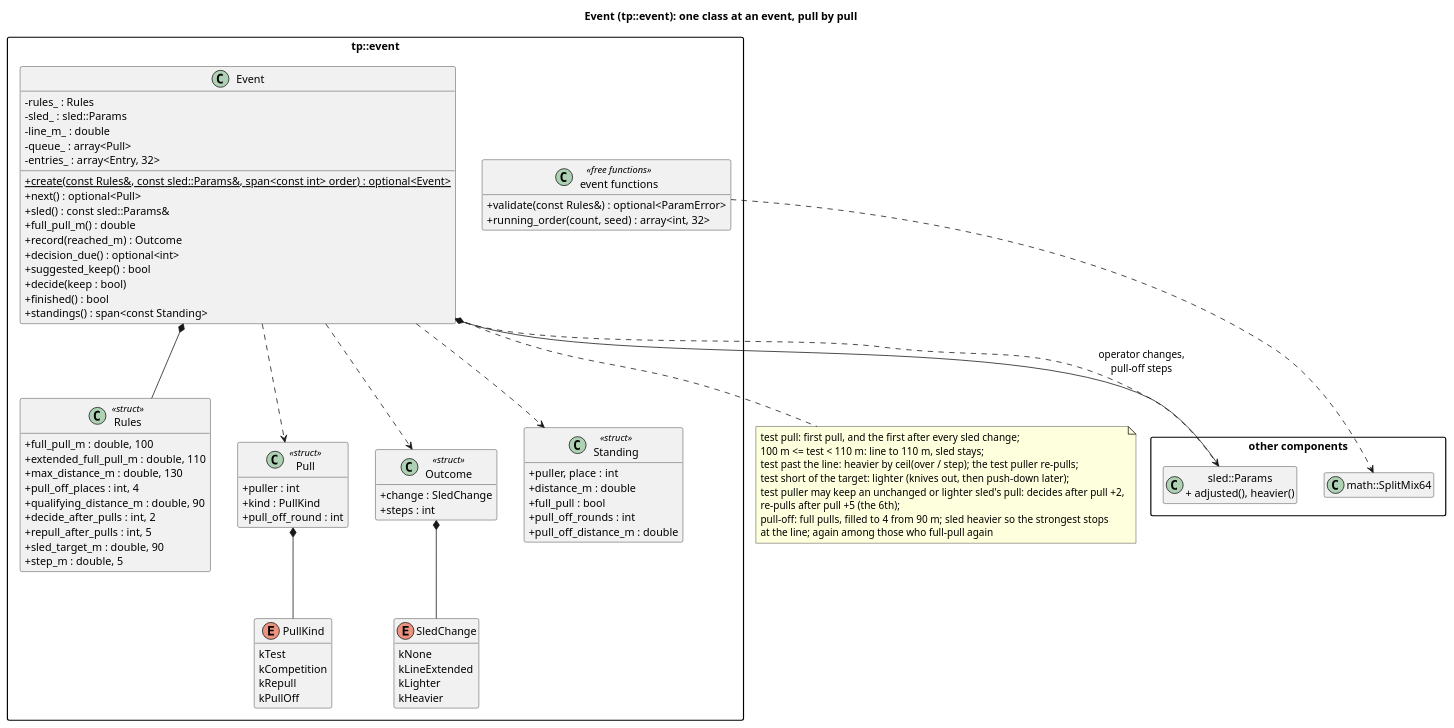
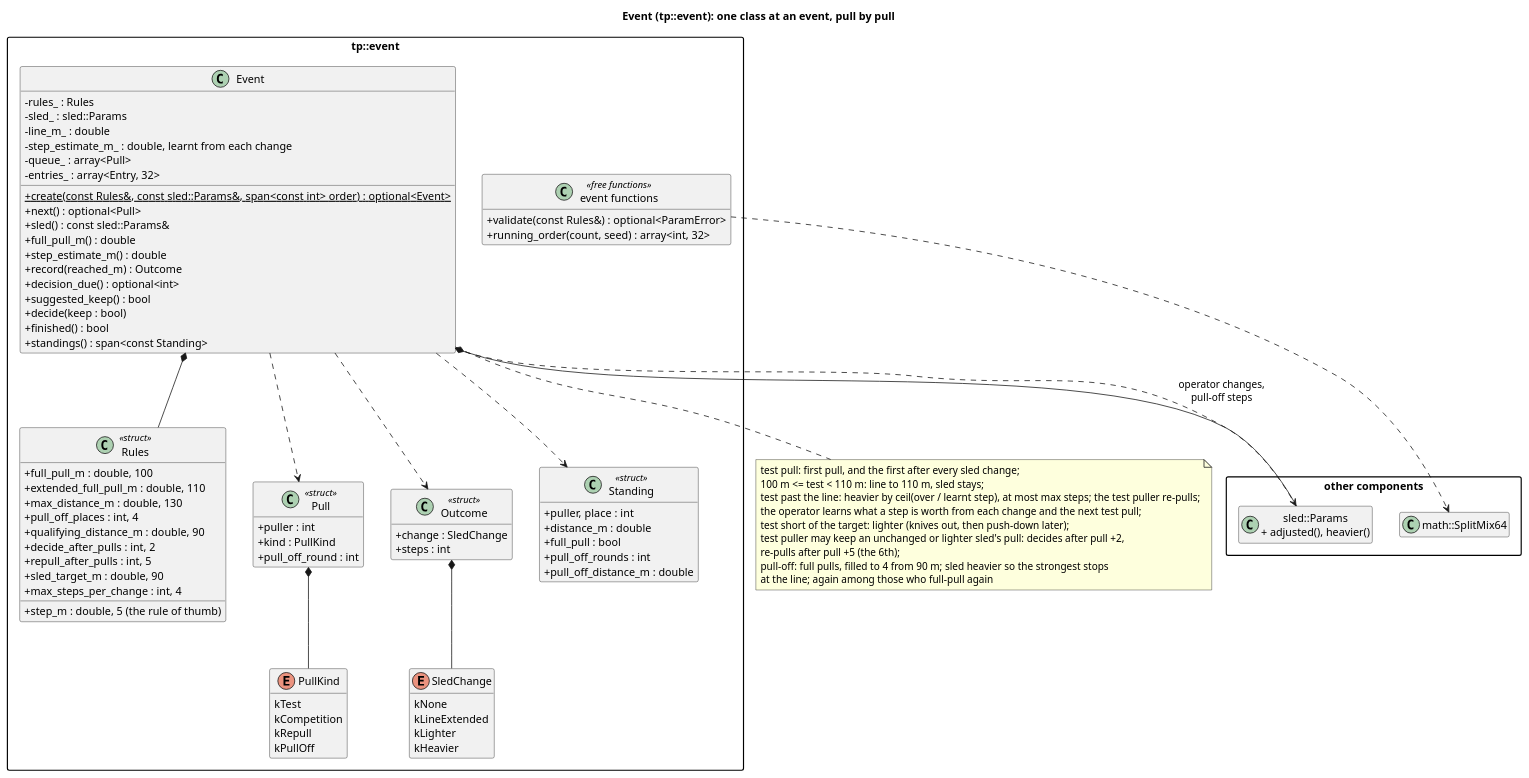
The diagram in docs/diagrams/event_classes.puml (wversteeg/TractorPulling), drawn with PlantUML before and after one commit. The commit also changed 7 other files, not shown here.

First line of the commit message:
Let the sled operator learn what a sled step is worth

```diff
--- a/docs/diagrams/event_classes.puml
+++ b/docs/diagrams/event_classes.puml
@@ -1,93 +1,97 @@
 @startuml event_classes
 title Event (tp::event): one class at an event, pull by pull
 hide empty members
 skinparam packageStyle rectangle
 skinparam classAttributeIconSize 0
 
 package "other components" {
   class "sled::Params\n+ adjusted(), heavier()" as Sled
   class "math::SplitMix64" as Random
 }
 
 package "tp::event" {
   class Rules <<struct>> {
     +full_pull_m : double, 100
     +extended_full_pull_m : double, 110
     +max_distance_m : double, 130
     +pull_off_places : int, 4
     +qualifying_distance_m : double, 90
     +decide_after_pulls : int, 2
     +repull_after_pulls : int, 5
     +sled_target_m : double, 90
-    +step_m : double, 5
+    +step_m : double, 5 (the rule of thumb)
+    +max_steps_per_change : int, 4
   }
   class Pull <<struct>> {
     +puller : int
     +kind : PullKind
     +pull_off_round : int
   }
   enum PullKind {
     kTest
     kCompetition
     kRepull
     kPullOff
   }
   enum SledChange {
     kNone
     kLineExtended
     kLighter
     kHeavier
   }
   class Outcome <<struct>> {
     +change : SledChange
     +steps : int
   }
   class Standing <<struct>> {
     +puller, place : int
     +distance_m : double
     +full_pull : bool
     +pull_off_rounds : int
     +pull_off_distance_m : double
   }
   class Event {
     -rules_ : Rules
     -sled_ : sled::Params
     -line_m_ : double
+    -step_estimate_m_ : double, learnt from each change
     -queue_ : array<Pull>
     -entries_ : array<Entry, 32>
     +{static} create(const Rules&, const sled::Params&, span<const int> order) : optional<Event>
     +next() : optional<Pull>
     +sled() : const sled::Params&
     +full_pull_m() : double
+    +step_estimate_m() : double
     +record(reached_m) : Outcome
     +decision_due() : optional<int>
     +suggested_keep() : bool
     +decide(keep : bool)
     +finished() : bool
     +standings() : span<const Standing>
   }
   class "event functions" as EventFns <<free functions>> {
     +validate(const Rules&) : optional<ParamError>
     +running_order(count, seed) : array<int, 32>
   }
   Event *-- Rules
   Event ..> Pull
   Event ..> Outcome
   Event ..> Standing
   Pull *-- PullKind
   Outcome *-- SledChange
 }
 Event *-- Sled
 Event ..> Sled : operator changes,\npull-off steps
 EventFns ..> Random
 note bottom of Event
   test pull: first pull, and the first after every sled change;
   100 m <= test < 110 m: line to 110 m, sled stays;
-  test past the line: heavier by ceil(over / step); the test puller re-pulls;
+  test past the line: heavier by ceil(over / learnt step), at most max steps; the test puller re-pulls;
+  the operator learns what a step is worth from each change and the next test pull;
   test short of the target: lighter (knives out, then push-down later);
   test puller may keep an unchanged or lighter sled's pull: decides after pull +2,
   re-pulls after pull +5 (the 6th);
   pull-off: full pulls, filled to 4 from 90 m; sled heavier so the strongest stops
   at the line; again among those who full-pull again
 end note
 @enduml
```
